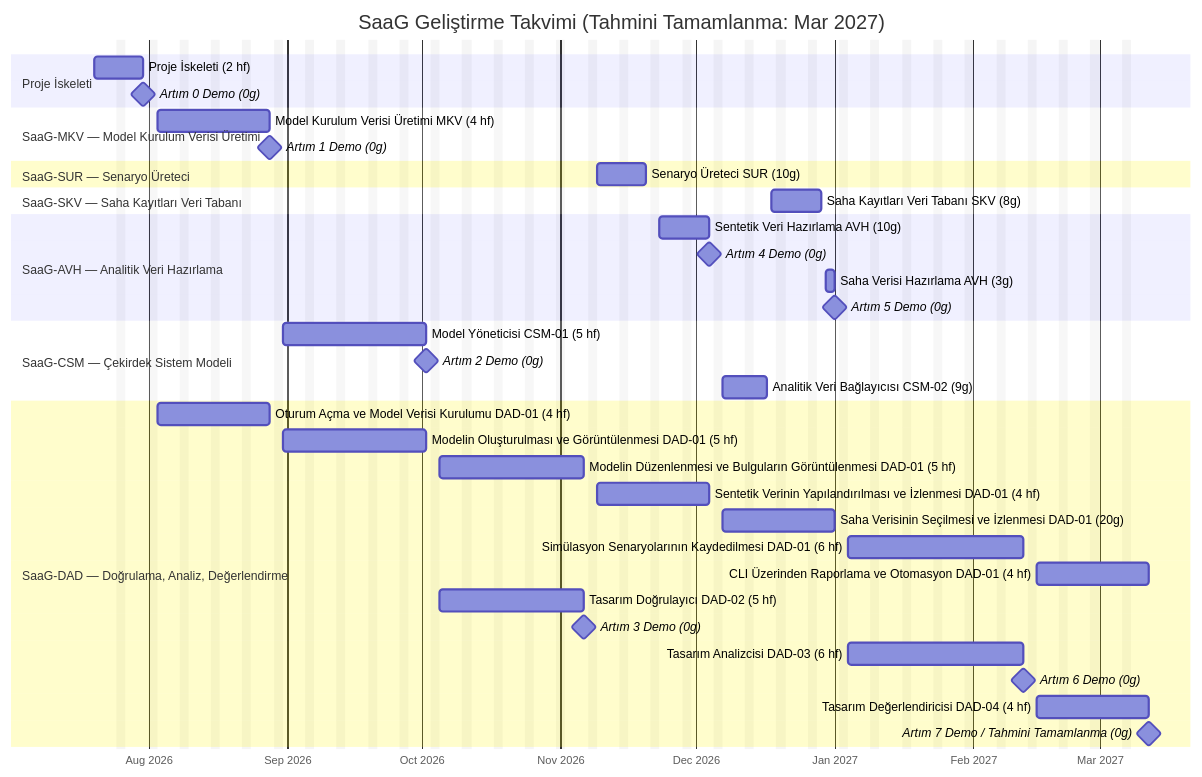
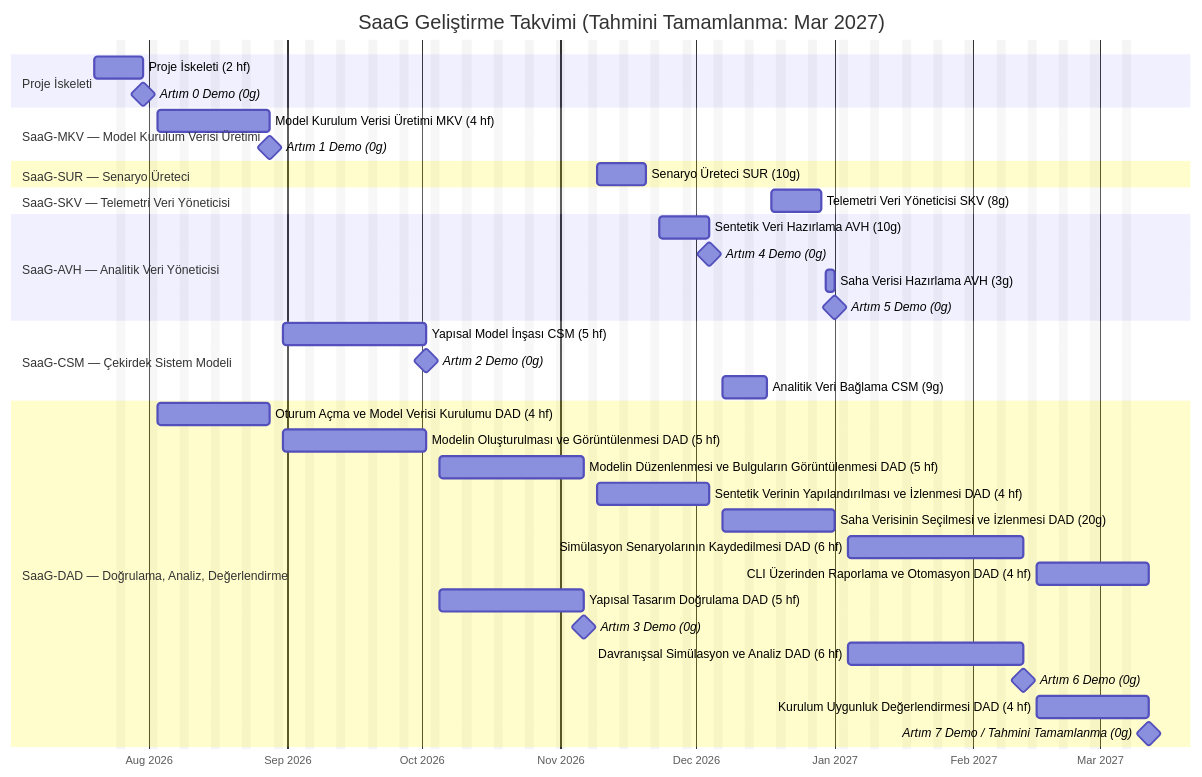
Before and after one commit to onuralpyigit/system-as-a-graph: the diagram in docs/planning/SDP.tr.md, drawn with Mermaid. The commit also changed other lines of this file and 8 other files, not shown here.

````diff
--- a/docs/planning/SDP.tr.md
+++ b/docs/planning/SDP.tr.md
@@ -296,48 +298,48 @@
 ```mermaid
 %%{init: { 'themeVariables': { 'excludeBkgColor': 'rgba(128,128,128,0.08)' } } }%%
 gantt
     title SaaG Geliştirme Takvimi (Tahmini Tamamlanma: Mar 2027)
     dateFormat YYYY-MM-DD
     axisFormat %b %Y
     excludes weekends
 
     section Proje İskeleti
     Proje İskeleti (2 hf)      :scaffold1, 2026-07-20, 2026-07-31
     Artım 0 Demo (0g)               :milestone, demo0, after scaffold1, 0d
 
     section SaaG-MKV — Model Kurulum Verisi Üretimi
     Model Kurulum Verisi Üretimi MKV (4 hf)               :msd, 2026-08-03, 2026-08-28
     Artım 1 Demo (0g)                                    :milestone, demo1, after msd, 0d
 
     section SaaG-SUR — Senaryo Üreteci
     Senaryo Üreteci SUR (10g)                       :scg, 2026-11-09, 2026-11-20
 
-    section SaaG-SKV — Saha Kayıtları Veri Tabanı
-    Saha Kayıtları Veri Tabanı SKV (8g)                    :frd, 2026-12-18, 2026-12-29
+    section SaaG-SKV — Telemetri Veri Yöneticisi
+    Telemetri Veri Yöneticisi SKV (8g)                    :frd, 2026-12-18, 2026-12-29
 
-    section SaaG-AVH — Analitik Veri Hazırlama
+    section SaaG-AVH — Analitik Veri Yöneticisi
     Sentetik Veri Hazırlama AVH (10g)          :adpa, 2026-11-23, 2026-12-04
     Artım 4 Demo (0g)                                    :milestone, demo4, after adpa, 0d
     Saha Verisi Hazırlama AVH (3g)                :adpb, 2026-12-30, 2027-01-01
     Artım 5 Demo (0g)                                    :milestone, demo5, after adpb, 0d
 
     section SaaG-CSM — Çekirdek Sistem Modeli
-    Model Yöneticisi CSM-01 (5 hf)                          :csm01, 2026-08-31, 2026-10-02
+    Yapısal Model İnşası CSM (5 hf)                         :csm01, 2026-08-31, 2026-10-02
     Artım 2 Demo (0g)                                    :milestone, demo2, after csm01, 0d
-    Analitik Veri Bağlayıcısı CSM-02 (9g)                 :csm02, 2026-12-07, 2026-12-17
+    Analitik Veri Bağlama CSM (9g)                          :csm02, 2026-12-07, 2026-12-17
 
     section SaaG-DAD — Doğrulama, Analiz, Değerlendirme
-    Oturum Açma ve Model Verisi Kurulumu DAD-01 (4 hf)       :vae01a, 2026-08-03, 2026-08-28
-    Modelin Oluşturulması ve Görüntülenmesi DAD-01 (5 hf)               :vae01b, 2026-08-31, 2026-10-02
-    Modelin Düzenlenmesi ve Bulguların Görüntülenmesi DAD-01 (5 hf)       :vae01c, 2026-10-05, 2026-11-06
-    Sentetik Verinin Yapılandırılması ve İzlenmesi DAD-01 (4 hf) :vae01de, 2026-11-09, 2026-12-04
-    Saha Verisinin Seçilmesi ve İzlenmesi DAD-01 (20g) :vae01f, 2026-12-07, 2027-01-01
-    Simülasyon Senaryolarının Kaydedilmesi DAD-01 (6 hf)           :vae01g, 2027-01-04, 2027-02-12
-    CLI Üzerinden Raporlama ve Otomasyon DAD-01 (4 hf)             :vae01h, 2027-02-15, 2027-03-12
-    Tasarım Doğrulayıcı DAD-02 (5 hf)                        :vae02, 2026-10-05, 2026-11-06
+    Oturum Açma ve Model Verisi Kurulumu DAD (4 hf)        :vae01a, 2026-08-03, 2026-08-28
+    Modelin Oluşturulması ve Görüntülenmesi DAD (5 hf)               :vae01b, 2026-08-31, 2026-10-02
+    Modelin Düzenlenmesi ve Bulguların Görüntülenmesi DAD (5 hf)       :vae01c, 2026-10-05, 2026-11-06
+    Sentetik Verinin Yapılandırılması ve İzlenmesi DAD (4 hf) :vae01de, 2026-11-09, 2026-12-04
+    Saha Verisinin Seçilmesi ve İzlenmesi DAD (20g) :vae01f, 2026-12-07, 2027-01-01
+    Simülasyon Senaryolarının Kaydedilmesi DAD (6 hf)           :vae01g, 2027-01-04, 2027-02-12
+    CLI Üzerinden Raporlama ve Otomasyon DAD (4 hf)             :vae01h, 2027-02-15, 2027-03-12
+    Yapısal Tasarım Doğrulama DAD (5 hf)                   :vae02, 2026-10-05, 2026-11-06
     Artım 3 Demo (0g)                                    :milestone, demo3, after vae02, 0d
-    Tasarım Analizcisi DAD-03 (6 hf)                         :vae03, 2027-01-04, 2027-02-12
+    Davranışsal Simülasyon ve Analiz DAD (6 hf)             :vae03, 2027-01-04, 2027-02-12
     Artım 6 Demo (0g)                                    :milestone, demo6, after vae03, 0d
-    Tasarım Değerlendiricisi DAD-04 (4 hf)                       :vae04, 2027-02-15, 2027-03-12
+    Kurulum Uygunluk Değerlendirmesi DAD (4 hf)                 :vae04, 2027-02-15, 2027-03-12
     Artım 7 Demo / Tahmini Tamamlanma (0g)             :milestone, completion, after vae04, 0d
 ```
````
